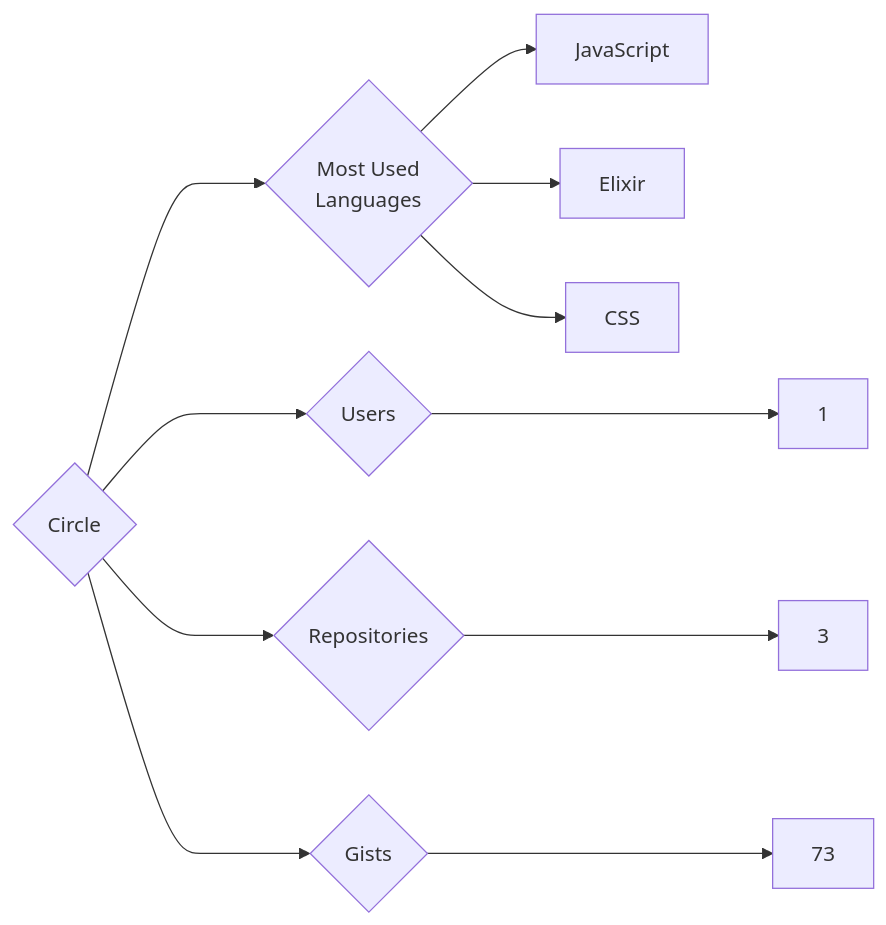
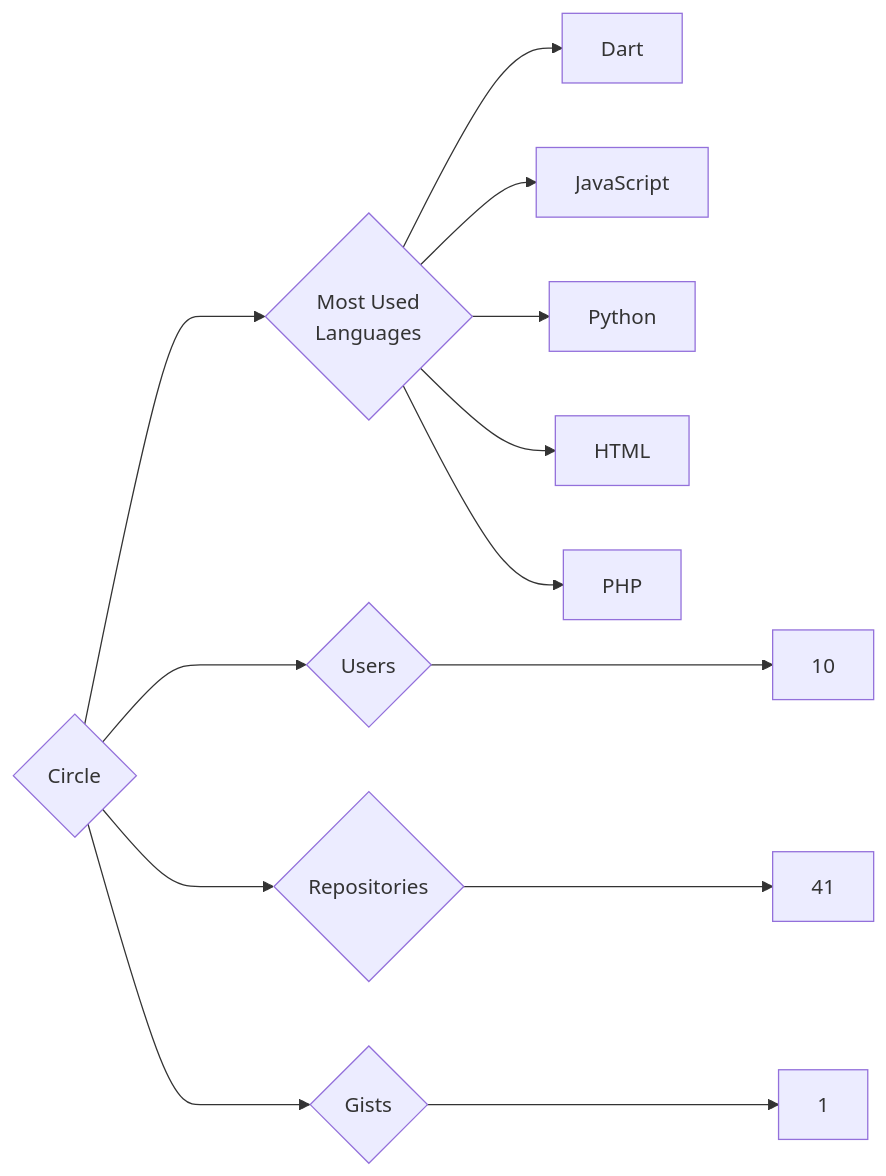
The diagram in targets/Circle/README.md (trickest/insiders), drawn with Mermaid before and after one commit. The commit also changed 838 other files, not shown here.

````diff
--- a/targets/Circle/README.md
+++ b/targets/Circle/README.md
@@ -3,11 +3,13 @@
 ```mermaid
 graph LR
 COMPANY_NAME{Circle}
-COMPANY_NAME ---> U{Users} ---> UN[1]
-COMPANY_NAME ---> R{Repositories} ---> RN[3]
-COMPANY_NAME ---> G{Gists} ---> GN[73]
+COMPANY_NAME ---> U{Users} ---> UN[10]
+COMPANY_NAME ---> R{Repositories} ---> RN[41]
+COMPANY_NAME ---> G{Gists} ---> GN[1]
 COMPANY_NAME ---> ML{Most Used<br>Languages}
+ML --> Dart[Dart]
 ML --> JavaScript[JavaScript]
-ML --> Elixir[Elixir]
-ML --> CSS[CSS]
+ML --> Python[Python]
+ML --> HTML[HTML]
+ML --> PHP[PHP]
 ```
````
